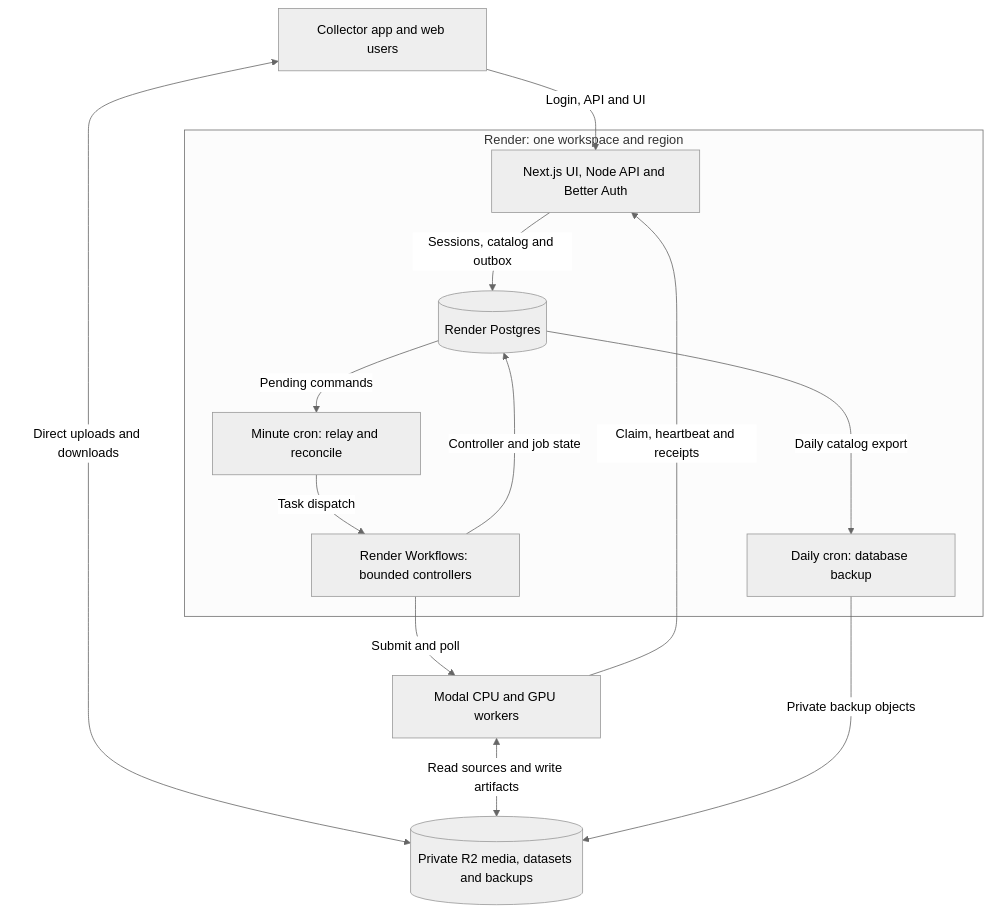
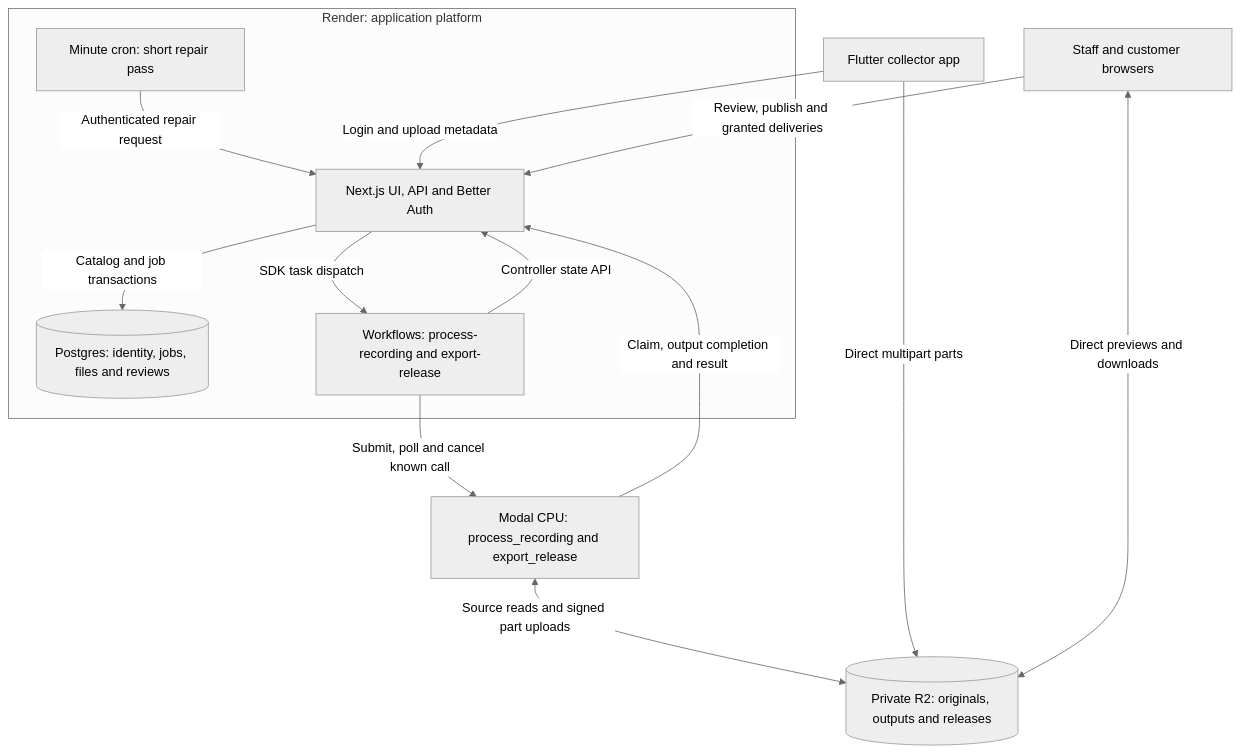
One commit to StateAction-ai/stateaction changed the diagram in docs/figures/render-platform.mmd. Above: the diagram before and after it, drawn with Mermaid (neutral theme). The commit also changed 38 other files, not shown here.

Commit message:
docs: simplify MVP with local Render workflows and UI mocks

```diff
--- a/docs/figures/render-platform.mmd
+++ b/docs/figures/render-platform.mmd
@@ -1,22 +1,22 @@
 flowchart TD
-    clients["Collector app and web users"]
-    subgraph render["Render: one workspace and region"]
-        web["Next.js UI, Node API and Better Auth"]
-        db[("Render Postgres")]
-        relay["Minute cron: relay and reconcile"]
-        tasks["Render Workflows: bounded controllers"]
-        backup["Daily cron: database backup"]
-        web -->|"Sessions, catalog and outbox"| db
-        db -->|"Pending commands"| relay
-        relay -->|"Task dispatch"| tasks
-        tasks -->|"Controller and job state"| db
-        db -->|"Daily catalog export"| backup
+    phone["Flutter collector app"]
+    browser["Staff and customer browsers"]
+    subgraph render["Render: application platform"]
+        web["Next.js UI, API and Better Auth"]
+        db[("Postgres: identity, jobs, files and reviews")]
+        repair["Minute cron: short repair pass"]
+        tasks["Workflows: process-recording and export-release"]
+        web -->|"Catalog and job transactions"| db
+        repair -->|"Authenticated repair request"| web
+        web -->|"SDK task dispatch"| tasks
+        tasks -->|"Controller state API"| web
     end
-    objects[("Private R2 media, datasets and backups")]
-    workers["Modal CPU and GPU workers"]
-    clients -->|"Login, API and UI"| web
-    clients <-->|"Direct uploads and downloads"| objects
-    tasks -->|"Submit and poll"| workers
-    workers -->|"Claim, heartbeat and receipts"| web
-    workers <-->|"Read sources and write artifacts"| objects
-    backup -->|"Private backup objects"| objects
+    objects[("Private R2: originals, outputs and releases")]
+    workers["Modal CPU: process_recording and export_release"]
+    phone -->|"Login and upload metadata"| web
+    browser -->|"Review, publish and granted deliveries"| web
+    phone -->|"Direct multipart parts"| objects
+    browser <-->|"Direct previews and downloads"| objects
+    tasks -->|"Submit, poll and cancel known call"| workers
+    workers -->|"Claim, output completion and result"| web
+    workers <-->|"Source reads and signed part uploads"| objects
```
